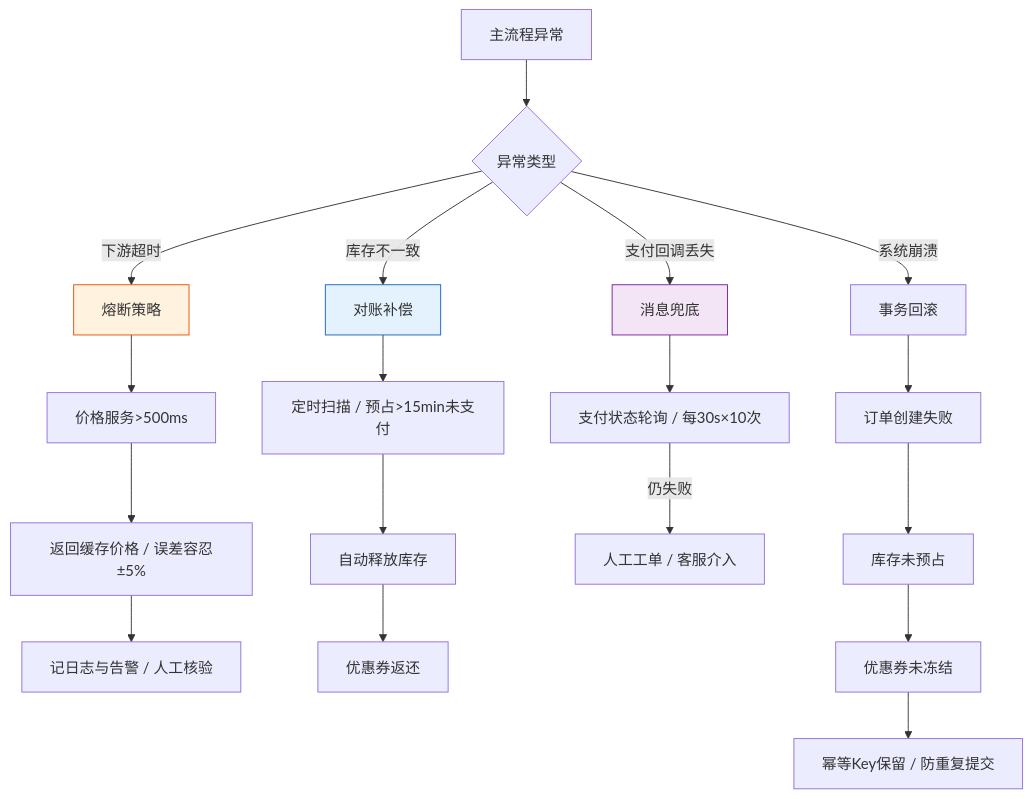
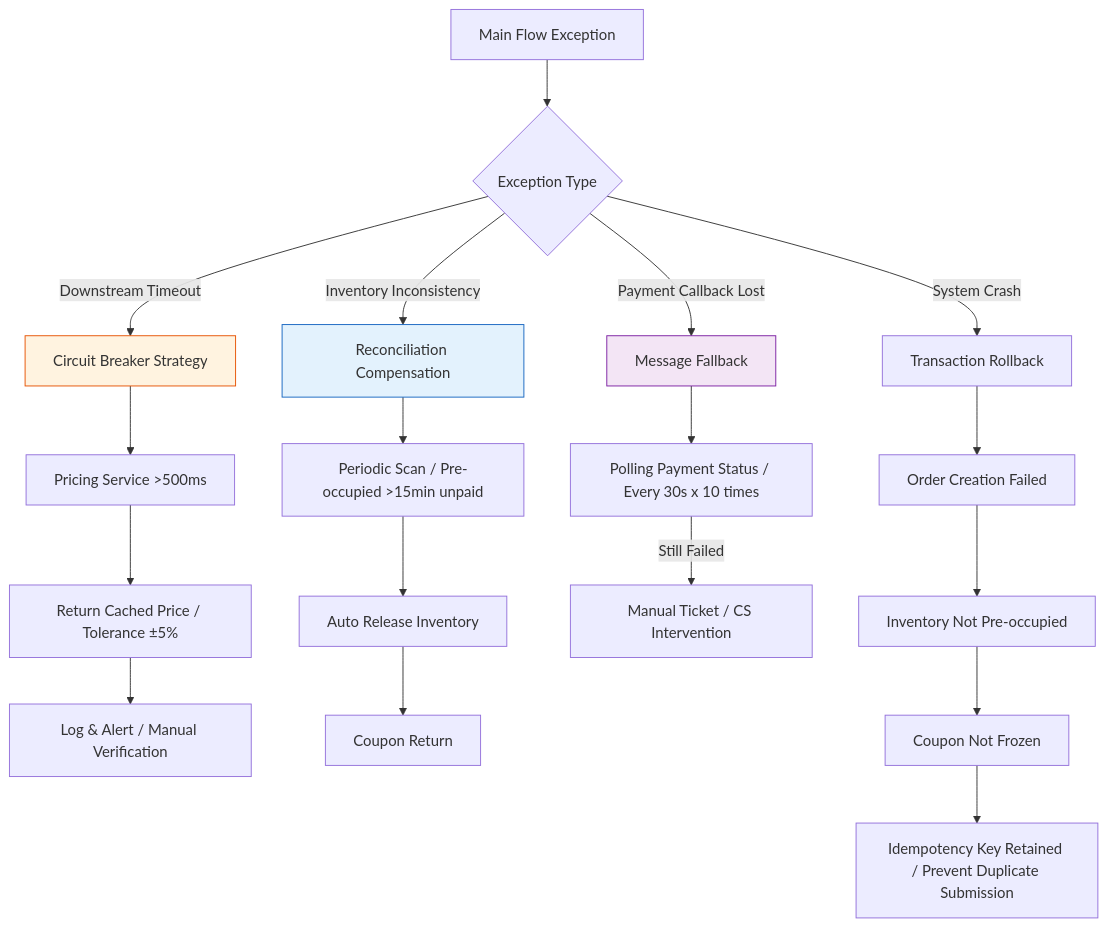
Before and after one commit to Kirky-X/cangjie: the seventh of 11 diagrams in templates/产品/产品层/【模板】功能需求文档.md, drawn with Mermaid. The commit also changed other lines of this file and 46 other files, not shown here.

````diff
--- a/templates/产品/产品层/【模板】功能需求文档.md
+++ b/templates/产品/产品层/【模板】功能需求文档.md
@@ -273,28 +273,28 @@
 ```mermaid
 flowchart TD
-    A[主流程异常] --> B{异常类型}
+    A[Main Flow Exception] --> B{Exception Type}
 
-    B -->|下游超时| C[熔断策略]
-    C --> C1[价格服务>500ms]
-    C1 --> C2[返回缓存价格 / 误差容忍±5%]
-    C2 --> C3[记日志与告警 / 人工核验]
+    B -->|Downstream Timeout| C[Circuit Breaker Strategy]
+    C --> C1[Pricing Service >500ms]
+    C1 --> C2[Return Cached Price / Tolerance ±5%]
+    C2 --> C3[Log & Alert / Manual Verification]
 
-    B -->|库存不一致| D[对账补偿]
-    D --> D1[定时扫描 / 预占>15min未支付]
-    D1 --> D2[自动释放库存]
-    D2 --> D3[优惠券返还]
+    B -->|Inventory Inconsistency| D[Reconciliation Compensation]
+    D --> D1[Periodic Scan / Pre-occupied >15min unpaid]
+    D1 --> D2[Auto Release Inventory]
+    D2 --> D3[Coupon Return]
 
-    B -->|支付回调丢失| E[消息兜底]
-    E --> E1[支付状态轮询 / 每30s×10次]
-    E1 -->|仍失败| E2[人工工单 / 客服介入]
+    B -->|Payment Callback Lost| E[Message Fallback]
+    E --> E1[Polling Payment Status / Every 30s x 10 times]
+    E1 -->|Still Failed| E2[Manual Ticket / CS Intervention]
 
-    B -->|系统崩溃| F[事务回滚]
-    F --> F1[订单创建失败]
-    F1 --> F2[库存未预占]
-    F2 --> F3[优惠券未冻结]
-    F3 --> F4[幂等Key保留 / 防重复提交]
+    B -->|System Crash| F[Transaction Rollback]
+    F --> F1[Order Creation Failed]
+    F1 --> F2[Inventory Not Pre-occupied]
+    F2 --> F3[Coupon Not Frozen]
+    F3 --> F4[Idempotency Key Retained / Prevent Duplicate Submission]
 
     style C fill:#fff3e0,stroke:#e65100
     style D fill:#e3f2fd,stroke:#1565c0
     style E fill:#f3e5f5,stroke:#7b1fa2
 ```
````
